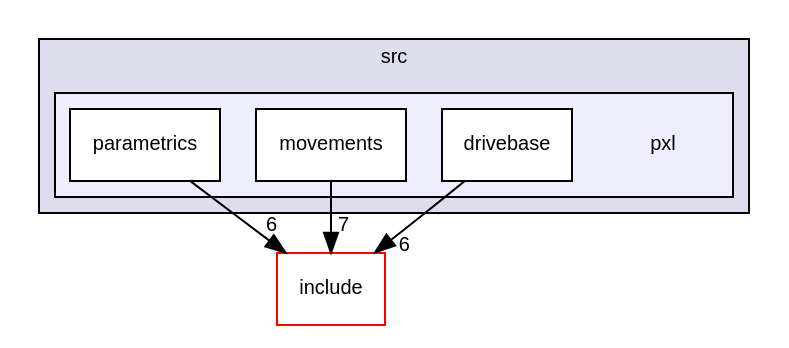
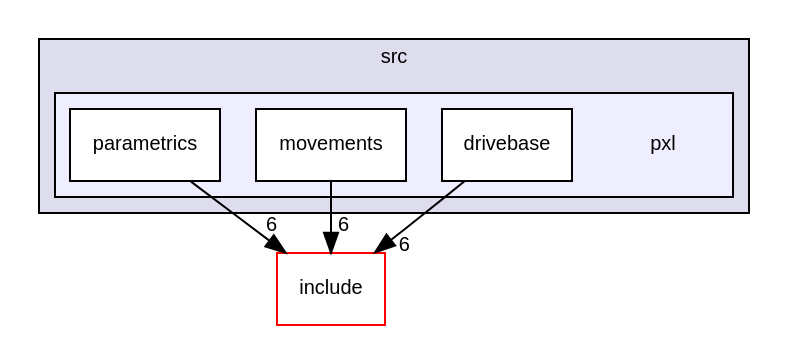
One commit to Pixel-Lib/Pixel changed the diagram in dir_87a857eff530ad659c1a04633acb58d5_dep.dot. Above: the diagram before and after it, drawn with Graphviz. The commit also changed 133 other files, not shown here.

```diff
--- a/dir_87a857eff530ad659c1a04633acb58d5_dep.dot
+++ b/dir_87a857eff530ad659c1a04633acb58d5_dep.dot
@@ -1,19 +1,19 @@
 digraph "src/pxl" {
   compound=true
   node [ fontsize="10", fontname="Helvetica"];
   edge [ labelfontsize="10", labelfontname="Helvetica"];
   subgraph clusterdir_68267d1309a1af8e8297ef4c3efbcdba {
     graph [ bgcolor="#ddddee", pencolor="black", label="src" fontname="Helvetica", fontsize="10", URL="dir_68267d1309a1af8e8297ef4c3efbcdba.html"]
   subgraph clusterdir_87a857eff530ad659c1a04633acb58d5 {
     graph [ bgcolor="#eeeeff", pencolor="black", label="" URL="dir_87a857eff530ad659c1a04633acb58d5.html"];
     dir_87a857eff530ad659c1a04633acb58d5 [shape=plaintext label="pxl"];
   dir_e919bc17ba6dd875156a1492c2b92224 [shape=box label="drivebase" fillcolor="white" style="filled" URL="dir_e919bc17ba6dd875156a1492c2b92224.html"];
   dir_da6b542a4b13fc055b1c444658d69961 [shape=box label="movements" fillcolor="white" style="filled" URL="dir_da6b542a4b13fc055b1c444658d69961.html"];
   dir_5268b233717f10508878cca84d25b979 [shape=box label="parametrics" fillcolor="white" style="filled" URL="dir_5268b233717f10508878cca84d25b979.html"];
   }
   }
   dir_d44c64559bbebec7f509842c48db8b23 [shape=box label="include" fillcolor="white" style="filled" color="red" URL="dir_d44c64559bbebec7f509842c48db8b23.html"];
-  dir_da6b542a4b13fc055b1c444658d69961->dir_d44c64559bbebec7f509842c48db8b23 [headlabel="7", labeldistance=1.5 headhref="dir_000007_000000.html"];
+  dir_da6b542a4b13fc055b1c444658d69961->dir_d44c64559bbebec7f509842c48db8b23 [headlabel="6", labeldistance=1.5 headhref="dir_000007_000000.html"];
   dir_5268b233717f10508878cca84d25b979->dir_d44c64559bbebec7f509842c48db8b23 [headlabel="6", labeldistance=1.5 headhref="dir_000008_000000.html"];
   dir_e919bc17ba6dd875156a1492c2b92224->dir_d44c64559bbebec7f509842c48db8b23 [headlabel="6", labeldistance=1.5 headhref="dir_000006_000000.html"];
 }
```
